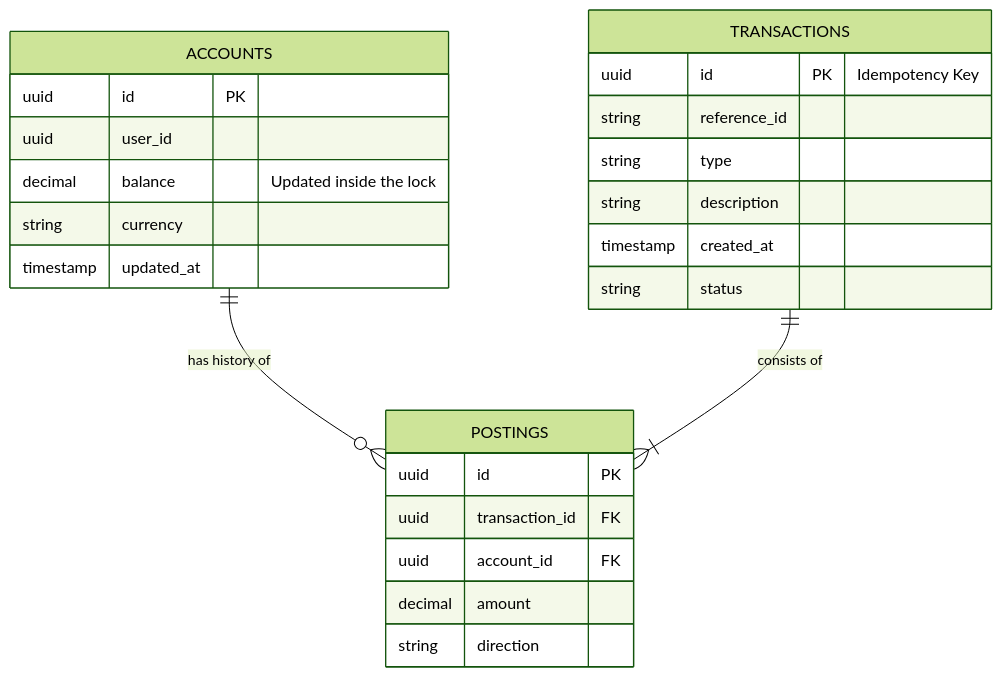
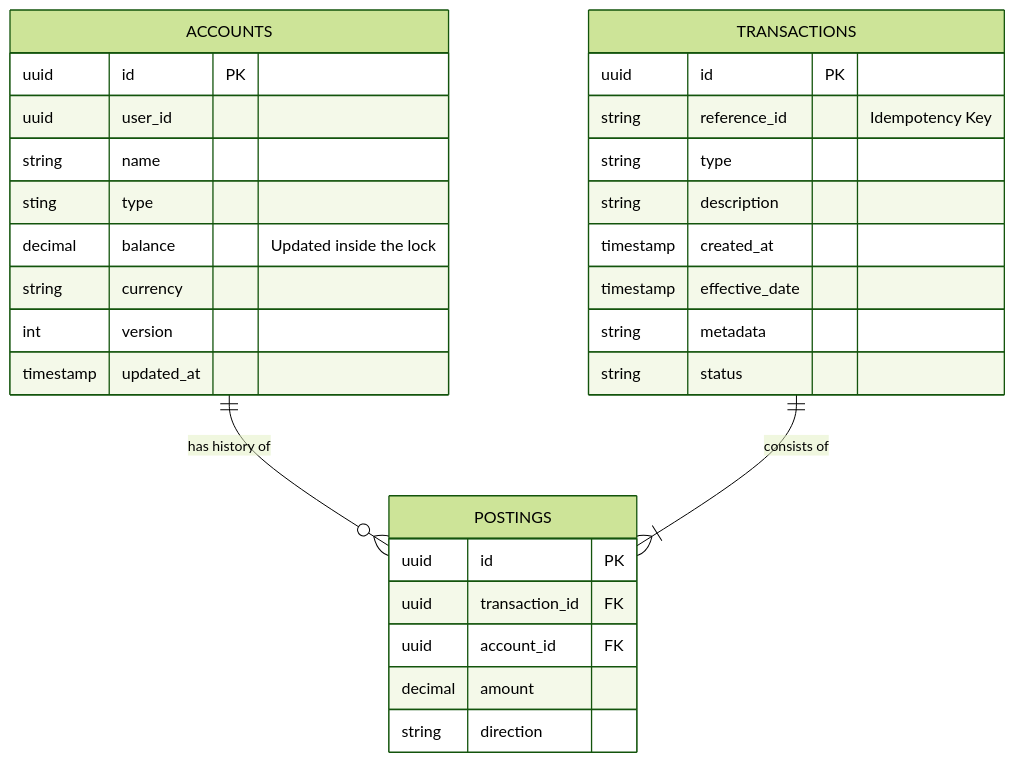
Before and after one commit to rixon15/Distributed-Payment-Ledger-System: the fifth of 8 diagrams in README.md, drawn with Mermaid (forest theme).

Commit message:
Enhance ACCOUNTS and TRANSACTIONS table schemas
Added 'name', 'type', and 'effective_date' fields to ACCOUNTS and TRANSACTIONS tables.

````diff
--- a/README.md
+++ b/README.md
@@ -240,33 +240,38 @@
 ```mermaid
     erDiagram
     %% Snapshot Table (Locked via SELECT FOR UPDATE)
     ACCOUNTS {
         uuid id PK
         uuid user_id
+        string name
+        sting type
         decimal balance "Updated inside the lock"
         string currency
+        int version
         timestamp updated_at
     }
 
     %% Immutable Journal
     TRANSACTIONS {
-        uuid id PK "Idempotency Key"
-        string reference_id
+        uuid id PK 
+        string reference_id "Idempotency Key"
         string type
         string description
         timestamp created_at
+        timestamp effective_date
+        string metadata
         string status
     }
 
     %% Immutable Ledger Entries
     POSTINGS {
         uuid id PK
         uuid transaction_id FK
         uuid account_id FK
         decimal amount
         string direction
     }
 
     ACCOUNTS ||--o{ POSTINGS : "has history of"
     TRANSACTIONS ||--|{ POSTINGS : "consists of"
 ```
````
